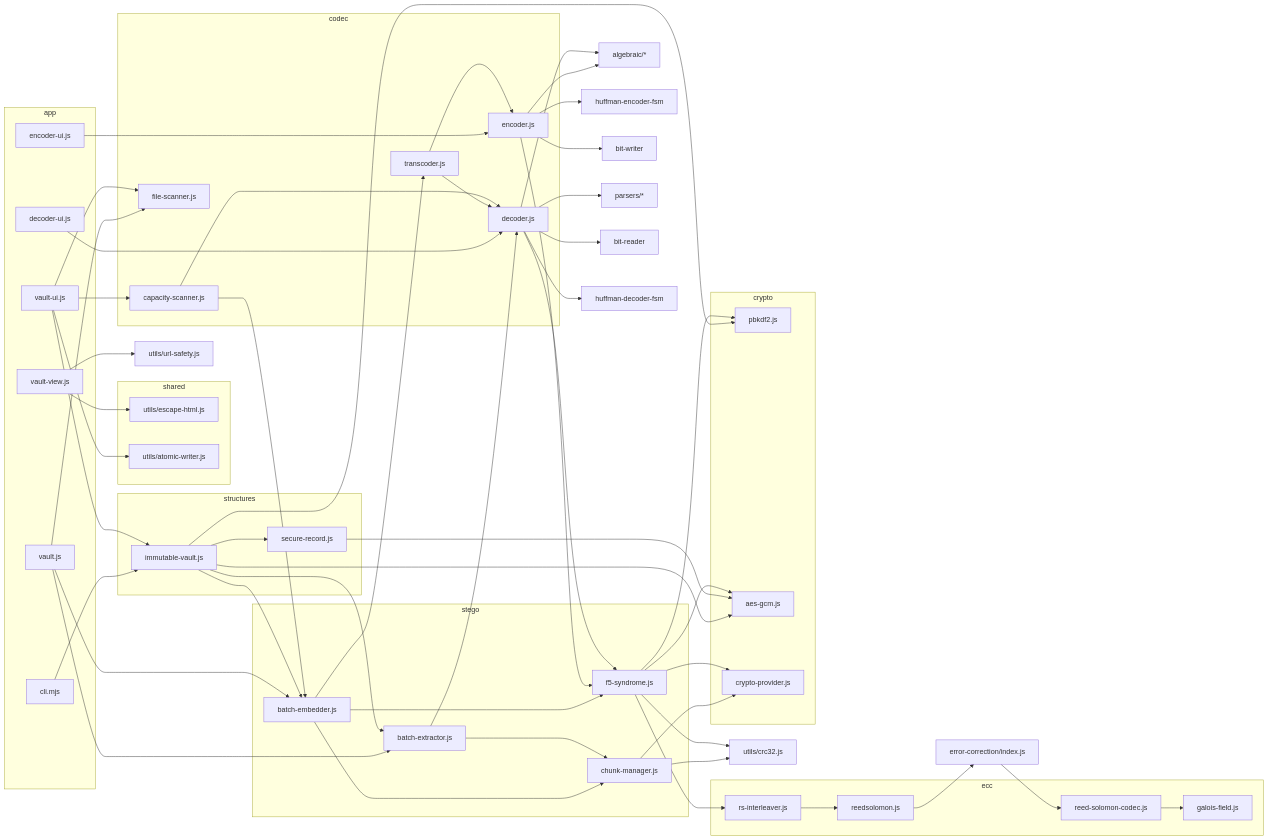
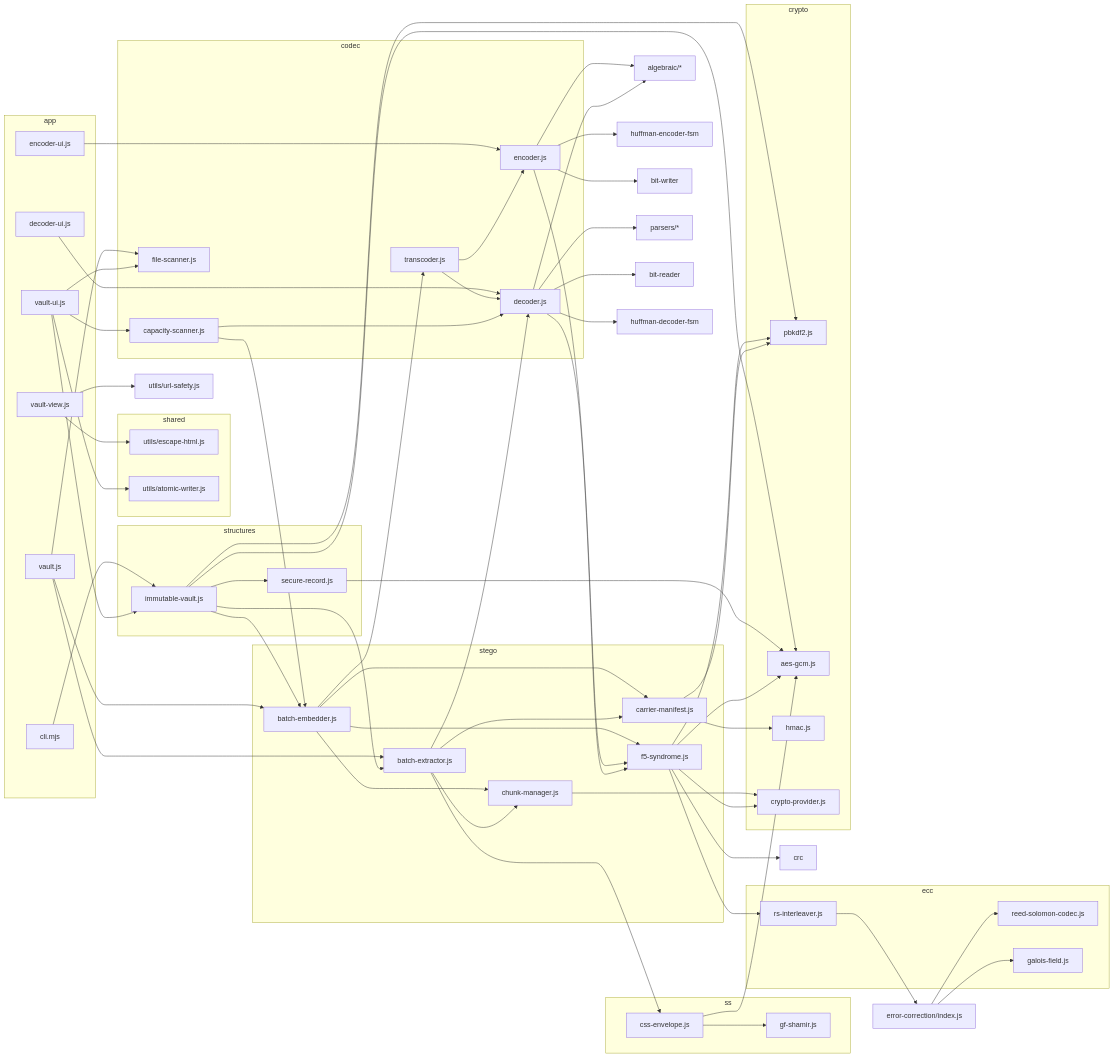
Before and after one commit to jessebeard/Ollie: the second of 6 diagrams in WIREFRAME.md, drawn with Mermaid. The commit also changed other lines of this file and 12 other files, not shown here.

```diff
--- a/WIREFRAME.md
+++ b/WIREFRAME.md
@@ -180,11 +184,16 @@
         bem["batch-embedder.js"]
         bex["batch-extractor.js"]
         cm["chunk-manager.js"]
+        cman["carrier-manifest.js"]
+    end
+
+    subgraph ss
+        shamir["gf-shamir.js"]
+        env["css-envelope.js"]
     end
 
     subgraph ecc
         rsi["rs-interleaver.js"]
-        shim["reedsolomon.js"]
         rsc["reed-solomon-codec.js"]
         gf["galois-field.js"]
     end
@@ -192,6 +201,7 @@
     subgraph crypto
         pbkdf["pbkdf2.js"]
         aes["aes-gcm.js"]
+        hmack["hmac.js"]
         cprov["crypto-provider.js"]
     end
 
@@ -227,10 +237,12 @@
     bem --> cm
     bem --> trans
     bem --> f5
+    bem --> cman
     bex --> cm
     bex --> dec
+    bex --> cman
+    bex --> env
     cm --> cprov
-    cm --> crc["utils/crc32.js"]
 
     f5 --> rsi
     f5 --> aes
@@ -238,10 +250,14 @@
     f5 --> cprov
     f5 --> crc
 
-    rsi --> shim
-    shim --> idx["error-correction/index.js"]
-    idx --> rsc
-    rsc --> gf
+    rsi --> eidx["error-correction/index.js"]
+    eidx --> rsc
+    eidx --> gf
+
+    cman --> hmack
+    cman --> pbkdf
+    env --> shamir
+    env --> aes
 
     enc --> alg["algebraic/*"]
     enc --> huffenc["huffman-encoder-fsm"]
```
